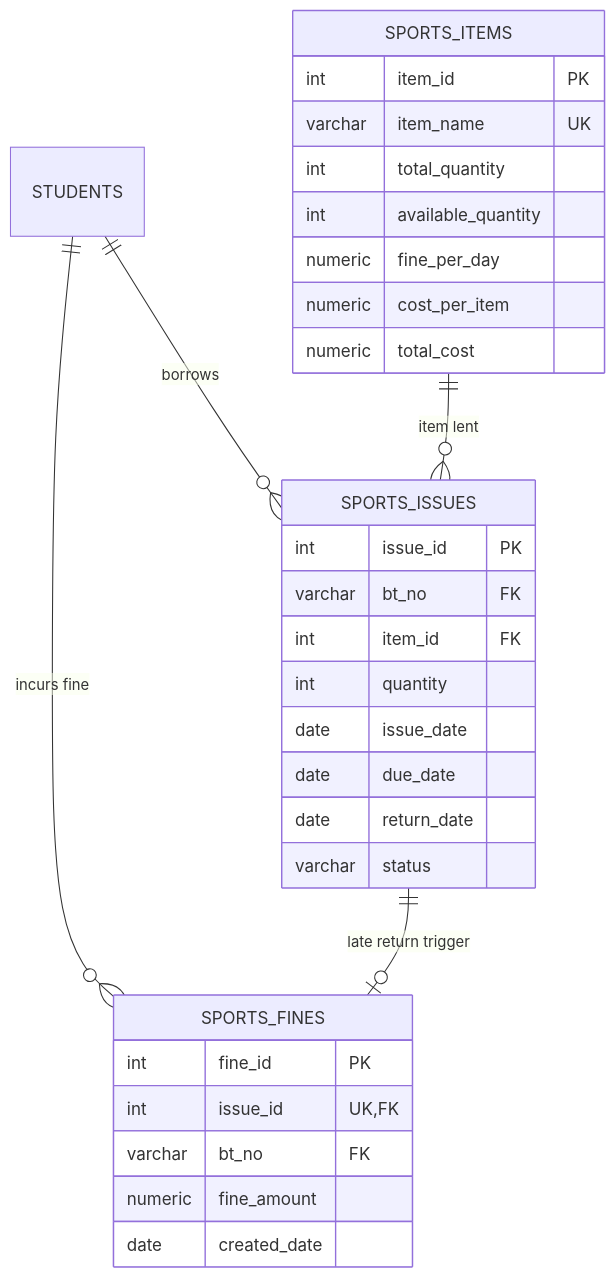
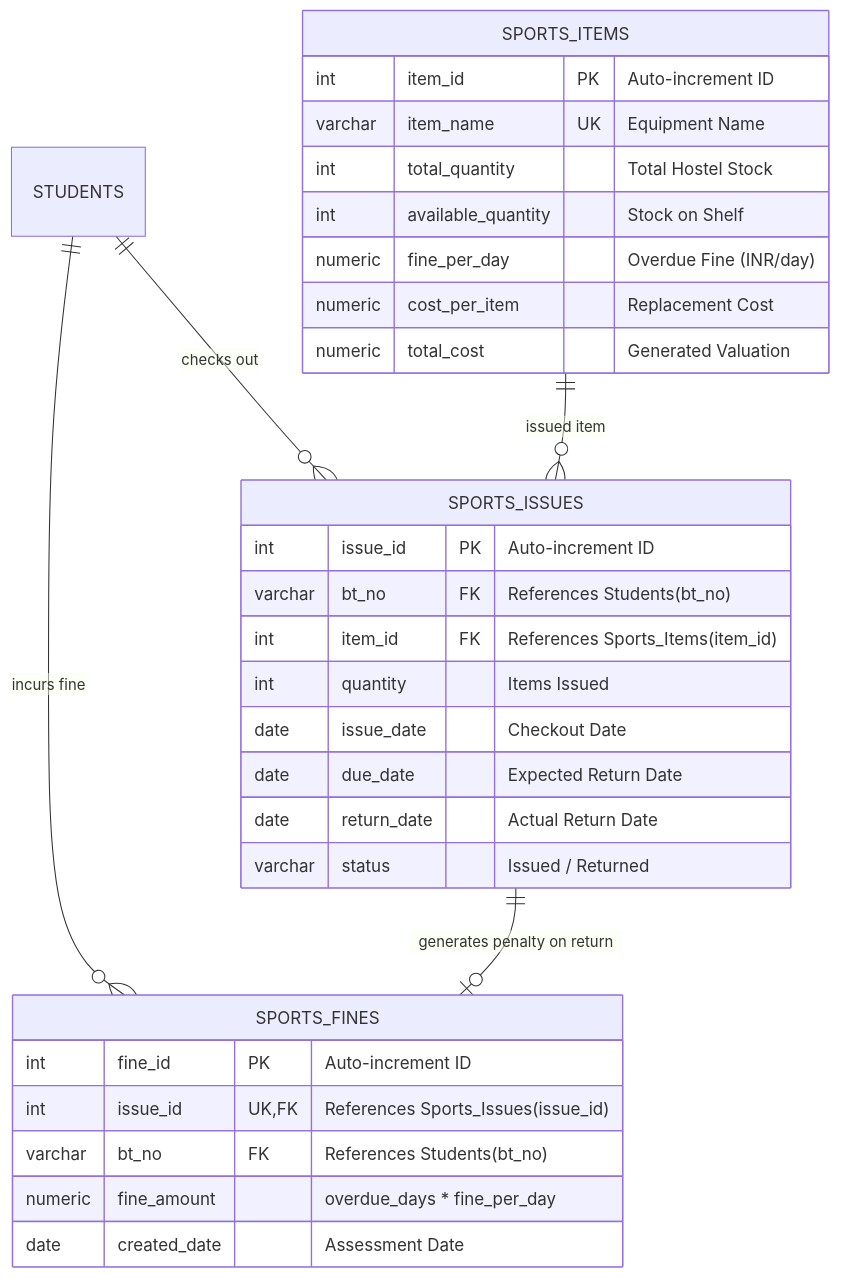
One commit to harshaldm/Hostel-Management-System changed the third of 3 diagrams in DatabaseArchitecture.md. Above: the diagram before and after it, drawn with Mermaid. The commit also changed other lines of this file, not shown here.

Commit message:
Database Architecture

````diff
--- a/DatabaseArchitecture.md
+++ b/DatabaseArchitecture.md
@@ -233,36 +318,36 @@
 ```mermaid
 erDiagram
-    STUDENTS ||--o{ SPORTS_ISSUES : "borrows"
+    STUDENTS ||--o{ SPORTS_ISSUES : "checks out"
     STUDENTS ||--o{ SPORTS_FINES : "incurs fine"
-    SPORTS_ITEMS ||--o{ SPORTS_ISSUES : "item lent"
-    SPORTS_ISSUES ||--o| SPORTS_FINES : "late return trigger"
+    SPORTS_ITEMS ||--o{ SPORTS_ISSUES : "issued item"
+    SPORTS_ISSUES ||--o| SPORTS_FINES : "generates penalty on return"
 
     SPORTS_ITEMS {
-        int item_id PK
-        varchar item_name UK
-        int total_quantity
-        int available_quantity
-        numeric fine_per_day
-        numeric cost_per_item
-        numeric total_cost
+        int item_id PK "Auto-increment ID"
+        varchar item_name UK "Equipment Name"
+        int total_quantity "Total Hostel Stock"
+        int available_quantity "Stock on Shelf"
+        numeric fine_per_day "Overdue Fine (INR/day)"
+        numeric cost_per_item "Replacement Cost"
+        numeric total_cost "Generated Valuation"
     }
 
     SPORTS_ISSUES {
-        int issue_id PK
-        varchar bt_no FK
-        int item_id FK
-        int quantity
-        date issue_date
-        date due_date
-        date return_date
-        varchar status
+        int issue_id PK "Auto-increment ID"
+        varchar bt_no FK "References Students(bt_no)"
+        int item_id FK "References Sports_Items(item_id)"
+        int quantity "Items Issued"
+        date issue_date "Checkout Date"
+        date due_date "Expected Return Date"
+        date return_date "Actual Return Date"
+        varchar status "Issued / Returned"
     }
 
     SPORTS_FINES {
-        int fine_id PK
-        int issue_id UK, FK
-        varchar bt_no FK
-        numeric fine_amount
-        date created_date
+        int fine_id PK "Auto-increment ID"
+        int issue_id UK, FK "References Sports_Issues(issue_id)"
+        varchar bt_no FK "References Students(bt_no)"
+        numeric fine_amount "overdue_days * fine_per_day"
+        date created_date "Assessment Date"
     }
 ```
````
